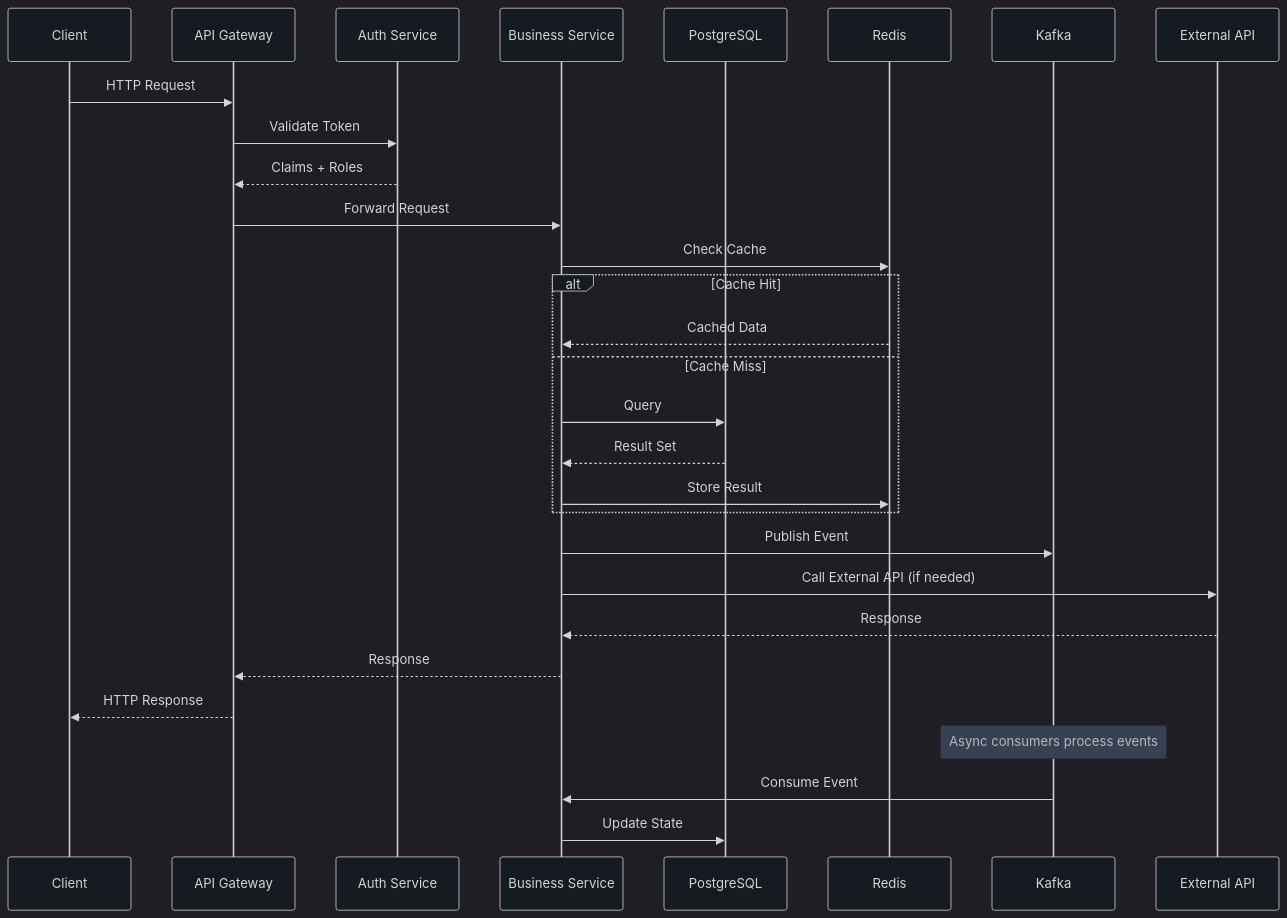
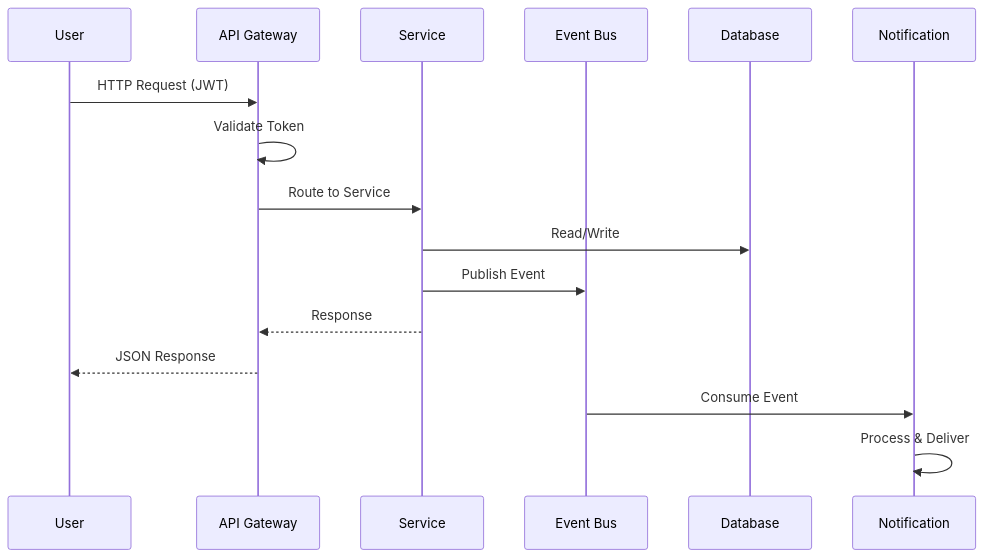
Before and after one commit to AAH20/apex-os-business-platform: the second of 3 diagrams in docs/architecture.md, drawn with Mermaid. The commit also changed other lines of this file and 113 other files, not shown here.

````diff
--- a/docs/architecture.md
+++ b/docs/architecture.md
@@ -81,34 +77,20 @@
 ```mermaid
-%%{init: {'theme':'dark', 'themeVariables': {'primaryColor':'#1e3a5f','primaryTextColor':'#e0e0e0','primaryBorderColor':'#4a9eff','lineColor':'#4a9eff','secondaryColor':'#2d2d2d','tertiaryColor':'#1a1a2e','background':'#0d1117','mainBkg':'#161b22','secondBkg':'#21262d','textColor':'#c9d1d9','fontSize':'14px'}}}%%
 sequenceDiagram
-    participant C as Client
+    participant U as User
     participant GW as API Gateway
-    participant Auth as Auth Service
-    participant Svc as Business Service
-    participant DB as PostgreSQL
-    participant Cache as Redis
-    participant Bus as Kafka
-    participant Ext as External API
+    participant SVC as Service
+    participant BUS as Event Bus
+    participant DB as Database
+    participant NT as Notification
 
-    C->>GW: HTTP Request
-    GW->>Auth: Validate Token
-    Auth-->>GW: Claims + Roles
-    GW->>Svc: Forward Request
-    Svc->>Cache: Check Cache
-    alt Cache Hit
-        Cache-->>Svc: Cached Data
-    else Cache Miss
-        Svc->>DB: Query
-        DB-->>Svc: Result Set
-        Svc->>Cache: Store Result
-    end
-    Svc->>Bus: Publish Event
-    Svc->>Ext: Call External API (if needed)
-    Ext-->>Svc: Response
-    Svc-->>GW: Response
-    GW-->>C: HTTP Response
+    U->>GW: HTTP Request (JWT)
+    GW->>GW: Validate Token
+    GW->>SVC: Route to Service
+    SVC->>DB: Read/Write
+    SVC->>BUS: Publish Event
+    SVC-->>GW: Response
+    GW-->>U: JSON Response
 
-    Note over Bus: Async consumers process events
-    Bus->>Svc: Consume Event
-    Svc->>DB: Update State
+    BUS->>NT: Consume Event
+    NT->>NT: Process & Deliver
 ```
````
